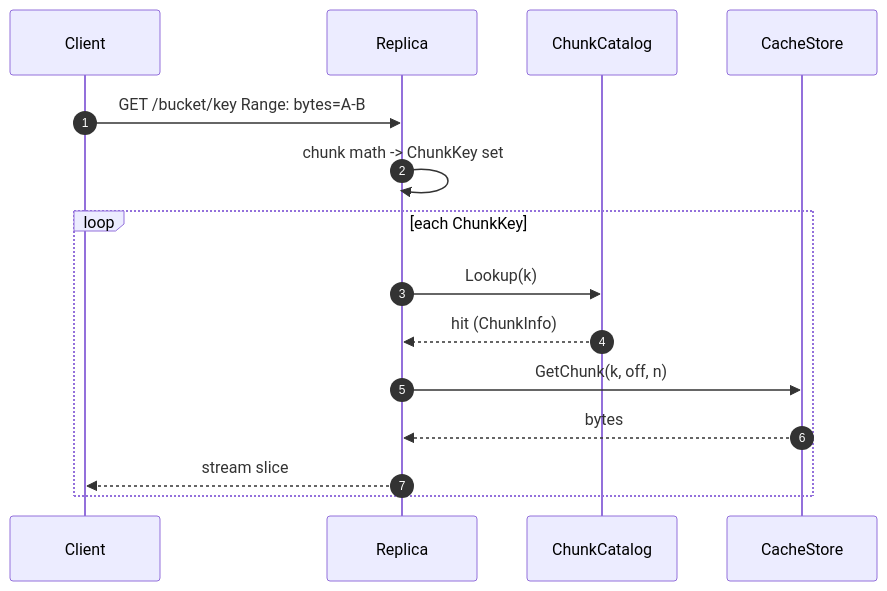
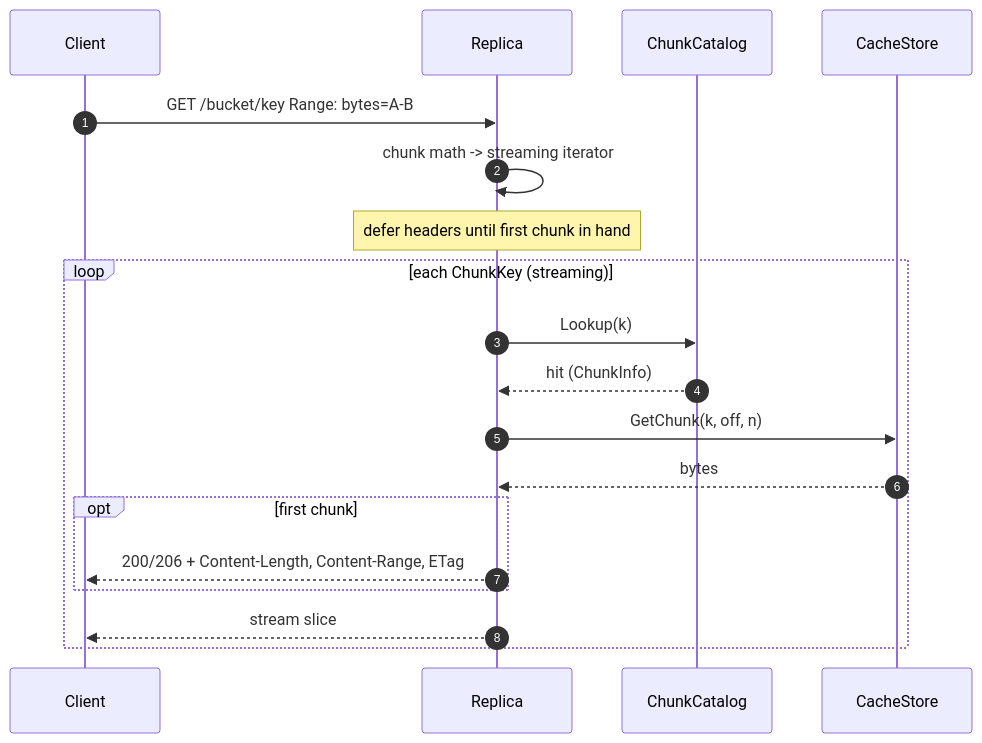
One commit to Azure/unbounded changed the third of 11 diagrams in designdocs/origincache/design.md. Above: the diagram before and after it, drawn with Mermaid. The commit also changed other lines of this file, not shown here.

````diff
--- a/designdocs/origincache/design.md
+++ b/designdocs/origincache/design.md
@@ -152,17 +216,21 @@
 ```mermaid
 sequenceDiagram
     autonumber
     participant C as Client
     participant R as Replica
     participant Cat as ChunkCatalog
     participant CS as CacheStore
     C->>R: GET /bucket/key Range: bytes=A-B
-    R->>R: chunk math -> ChunkKey set
-    loop each ChunkKey
+    R->>R: chunk math -> streaming iterator
+    Note over R: defer headers until first chunk in hand
+    loop each ChunkKey (streaming)
         R->>Cat: Lookup(k)
         Cat-->>R: hit (ChunkInfo)
         R->>CS: GetChunk(k, off, n)
         CS-->>R: bytes
+        opt first chunk
+            R-->>C: 200/206 + Content-Length, Content-Range, ETag
+        end
         R-->>C: stream slice
     end
 ```
````
